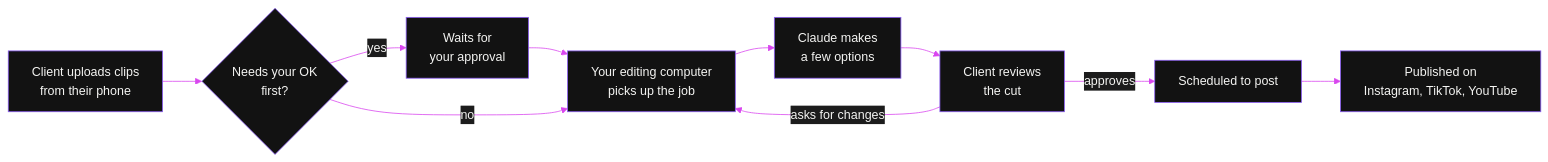
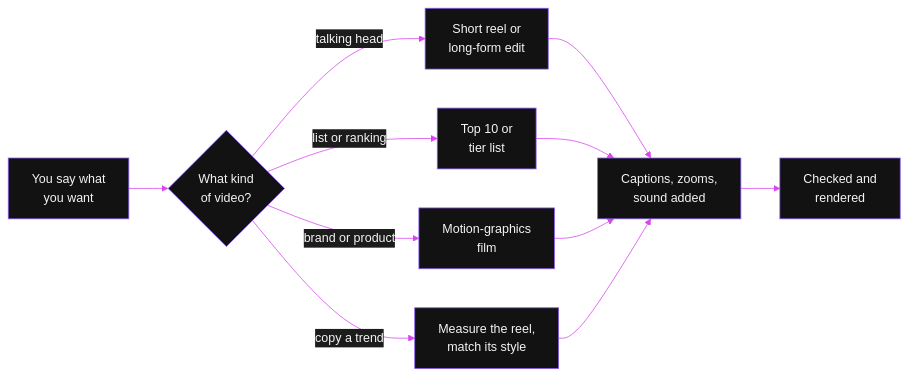
One commit to F0rger123/claude-video-editing-god-mode changed the second of 3 diagrams in README.md. Above: the diagram before and after it, drawn with Mermaid. The commit also changed other lines of this file and 1424 other files, not shown here.

First line of the commit message:
Claude Video Editing God Mode 2.0: 34 skills, landing page, phone app removed

````diff
--- a/README.md
+++ b/README.md
@@ -95,11 +94,14 @@
 ```mermaid
-%%{init: {'theme':'base','themeVariables':{'primaryColor':'#121212','primaryTextColor':'#f4f4f2','primaryBorderColor':'#8b5cf6','lineColor':'#d946ef','secondaryColor':'#1c1c1c','tertiaryColor':'#080808','clusterBkg':'transparent','clusterBorder':'#8b5cf6','noteBkgColor':'#1c1c1c','noteTextColor':'#f4f4f2','actorBkg':'#121212','actorTextColor':'#f4f4f2','actorBorder':'#8b5cf6','signalColor':'#d946ef','signalTextColor':'#d946ef','labelBoxBkgColor':'#121212','fontFamily':'inherit'}}}%%
+%%{init: {'theme':'base','themeVariables':{'primaryColor':'#121212','primaryTextColor':'#f4f4f2','primaryBorderColor':'#8b5cf6','lineColor':'#d946ef','secondaryColor':'#1c1c1c','tertiaryColor':'#080808','clusterBkg':'transparent','clusterBorder':'#8b5cf6','fontFamily':'inherit'}}}%%
 flowchart LR
-    A["Client uploads clips<br/>from their phone"] --> B{"Needs your OK<br/>first?"}
-    B -->|yes| C["Waits for<br/>your approval"] --> D
-    B -->|no| D["Your editing computer<br/>picks up the job"]
-    D --> E["Claude makes<br/>a few options"]
-    E --> F["Client reviews<br/>the cut"]
-    F -->|asks for changes| D
-    F -->|approves| G["Scheduled to post"] --> H["Published on<br/>Instagram, TikTok, YouTube"]
+    A["You say what<br/>you want"] --> B{"What kind<br/>of video?"}
+    B -->|talking head| C["Short reel or<br/>long-form edit"]
+    B -->|list or ranking| D["Top 10 or<br/>tier list"]
+    B -->|brand or product| E["Motion-graphics<br/>film"]
+    B -->|copy a trend| F["Measure the reel,<br/>match its style"]
+    C --> G["Captions, zooms,<br/>sound added"]
+    D --> G
+    E --> G
+    F --> G
+    G --> H["Checked and<br/>rendered"]
 ```
````
